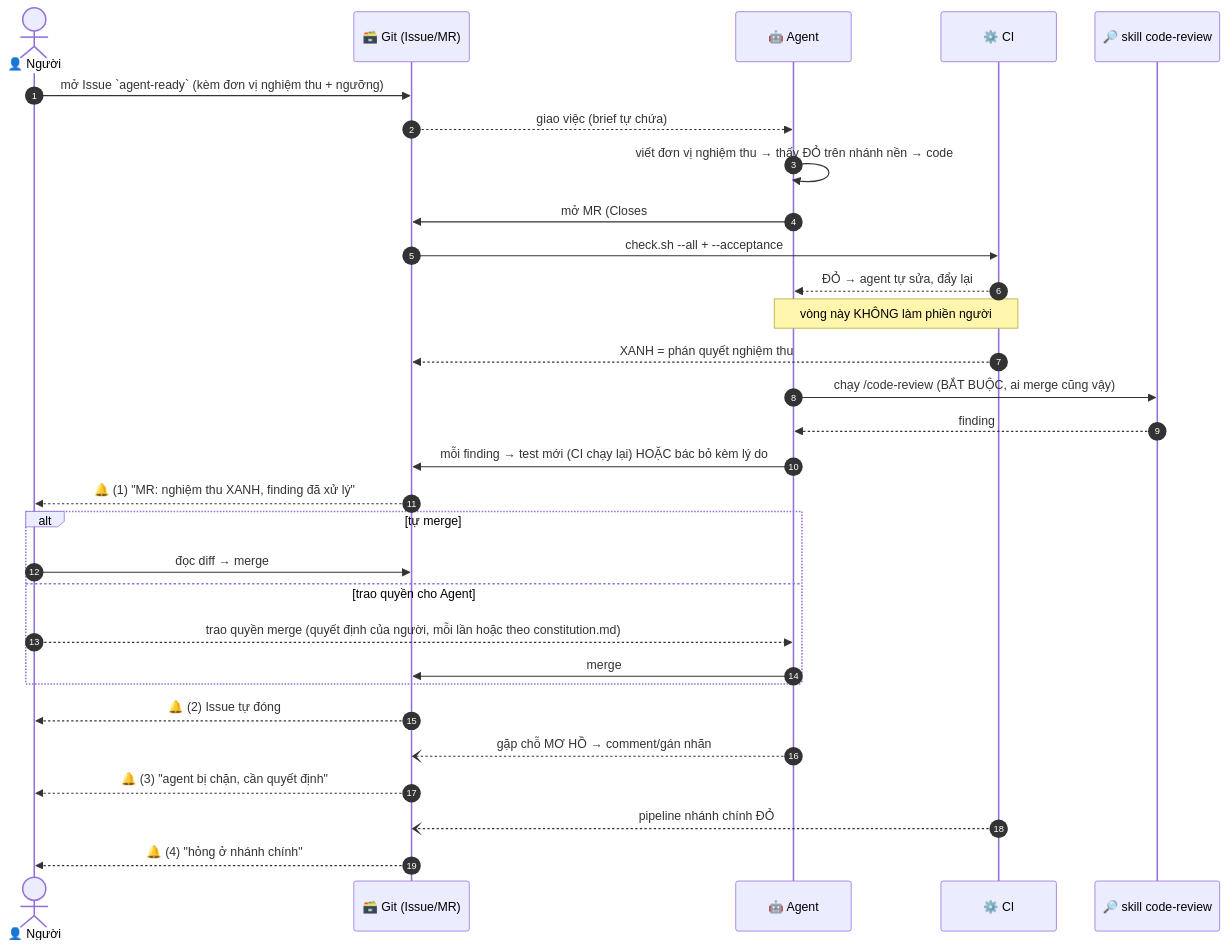
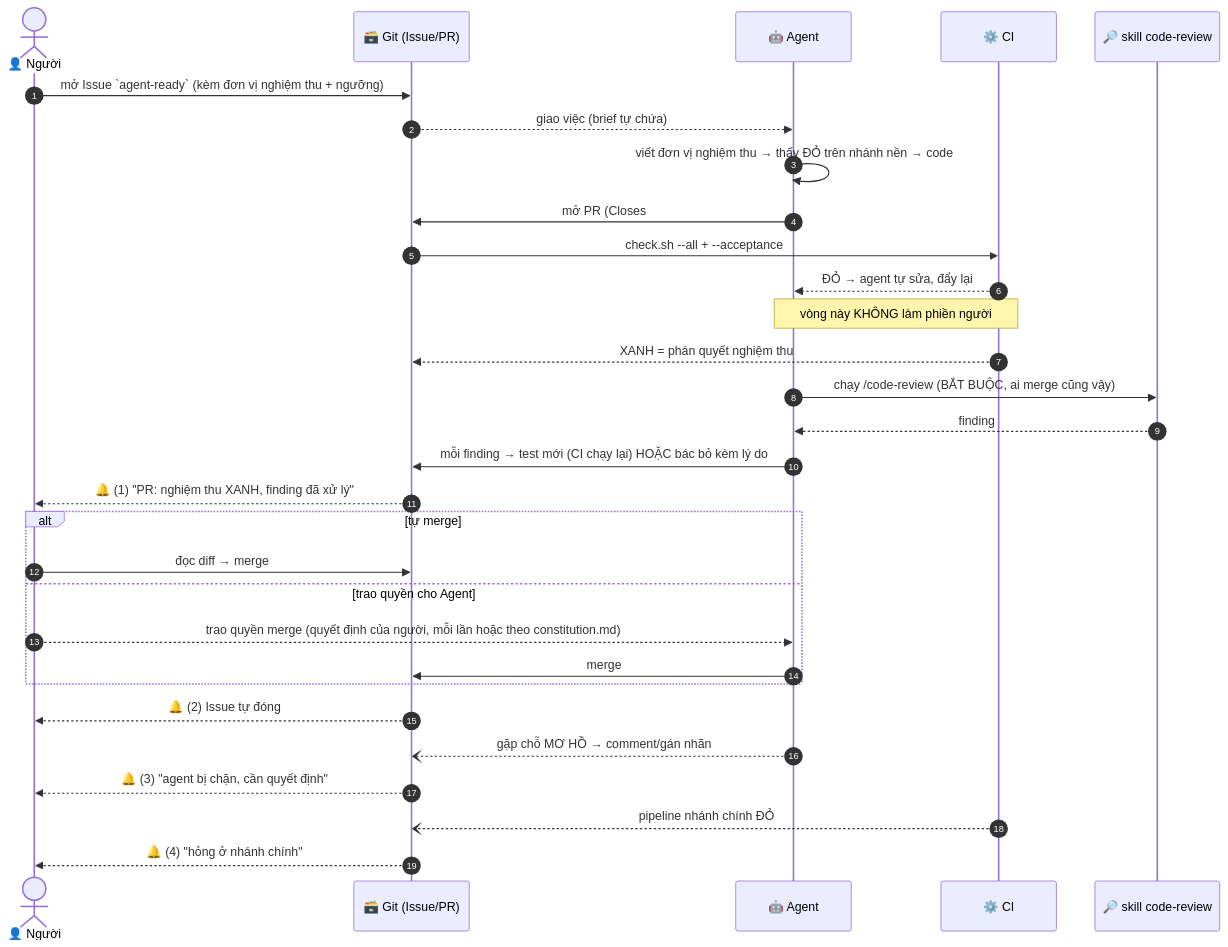
The second of 2 diagrams in GIT-FLOW.md (Jester6136/claude.general), drawn with Mermaid before and after one commit. The commit also changed other lines of this file and 9 other files, not shown here.

````diff
--- a/GIT-FLOW.md
+++ b/GIT-FLOW.md
@@ -161,34 +161,34 @@
 ```mermaid
 sequenceDiagram
     autonumber
     actor N as 👤 Người
-    participant G as 🗃️ Git (Issue/MR)
+    participant G as 🗃️ Git (Issue/PR)
     participant A as 🤖 Agent
     participant C as ⚙️ CI
     participant R as 🔎 skill code-review
 
     N->>G: mở Issue `agent-ready` (kèm đơn vị nghiệm thu + ngưỡng)
     G-->>A: giao việc (brief tự chứa)
     A->>A: viết đơn vị nghiệm thu → thấy ĐỎ trên nhánh nền → code
-    A->>G: mở MR (Closes #NN)
+    A->>G: mở PR (Closes #NN)
     G->>C: check.sh --all + --acceptance
     C-->>A: ĐỎ → agent tự sửa, đẩy lại
     Note over A,C: vòng này KHÔNG làm phiền người
     C-->>G: XANH = phán quyết nghiệm thu
     A->>R: chạy /code-review (BẮT BUỘC, ai merge cũng vậy)
     R-->>A: finding
     A->>G: mỗi finding → test mới (CI chạy lại) HOẶC bác bỏ kèm lý do
-    G-->>N: 🔔 (1) "MR: nghiệm thu XANH, finding đã xử lý"
+    G-->>N: 🔔 (1) "PR: nghiệm thu XANH, finding đã xử lý"
     alt tự merge
         N->>G: đọc diff → merge
     else trao quyền cho Agent
         N-->>A: trao quyền merge (quyết định của người, mỗi lần hoặc theo constitution.md)
         A->>G: merge
     end
     G-->>N: 🔔 (2) Issue tự đóng
 
     A--)G: gặp chỗ MƠ HỒ → comment/gán nhãn
     G-->>N: 🔔 (3) "agent bị chặn, cần quyết định"
     C--)G: pipeline nhánh chính ĐỎ
     G-->>N: 🔔 (4) "hỏng ở nhánh chính"
 ```
````
